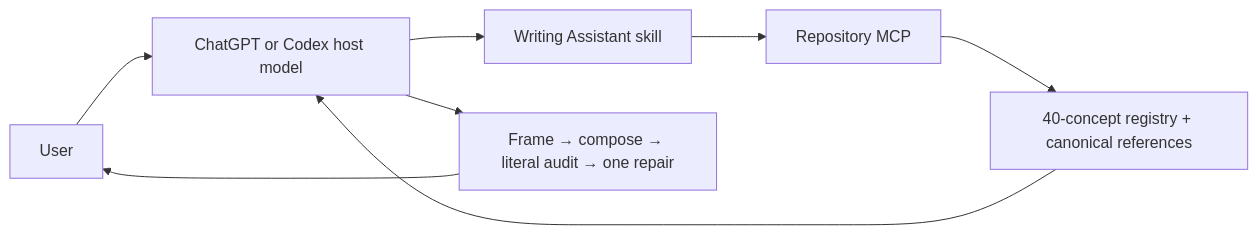
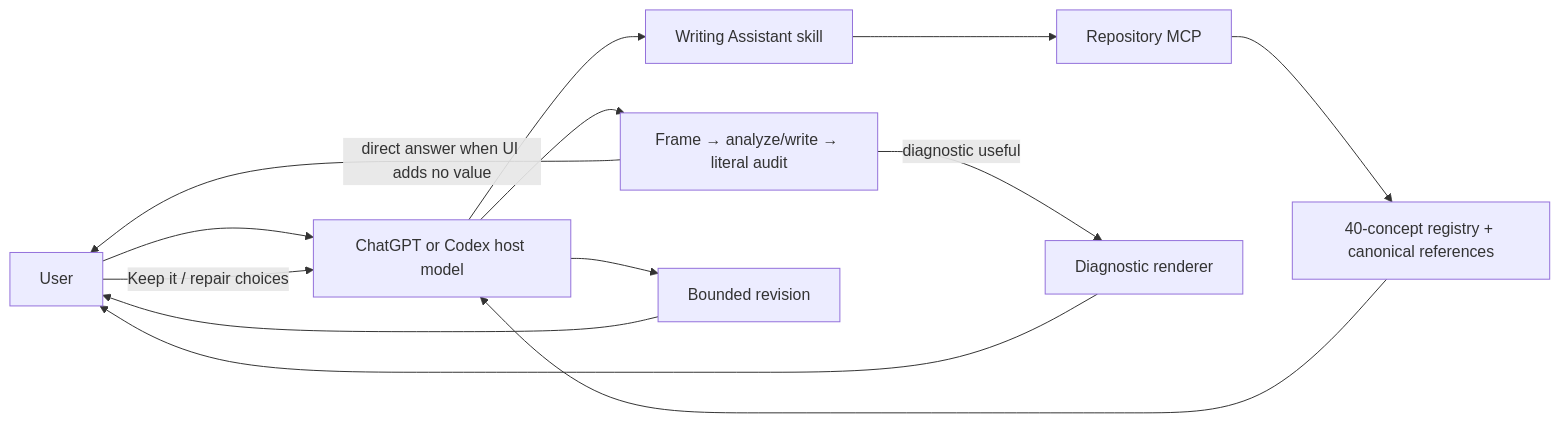
One commit to mattlane66/Writing_Assistant changed the second of 2 diagrams in README.md. Above: the diagram before and after it, drawn with Mermaid. The commit also changed other lines of this file and 24 other files, not shown here.

````diff
--- a/README.md
+++ b/README.md
@@ -121,10 +121,15 @@
 ```mermaid
 flowchart LR
     U[User] --> H[ChatGPT or Codex host model]
     H --> S[Writing Assistant skill]
     S --> M[Repository MCP]
     M --> C[40-concept registry + canonical references]
     C --> H
-    H --> A[Frame → compose → literal audit → one repair]
-    A --> U
+    H --> A[Frame → analyze/write → literal audit]
+    A -->|direct answer when UI adds no value| U
+    A -->|diagnostic useful| D[Diagnostic renderer]
+    D --> U
+    U -->|Keep it / repair choices| H
+    H --> R[Bounded revision]
+    R --> U
 ```
````
